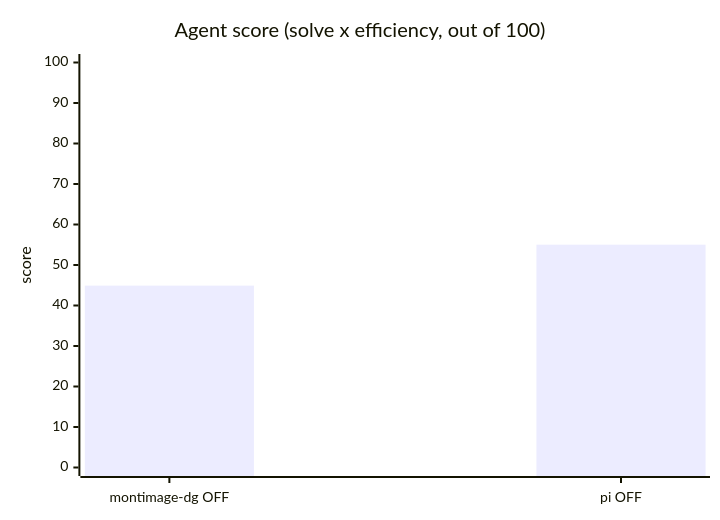
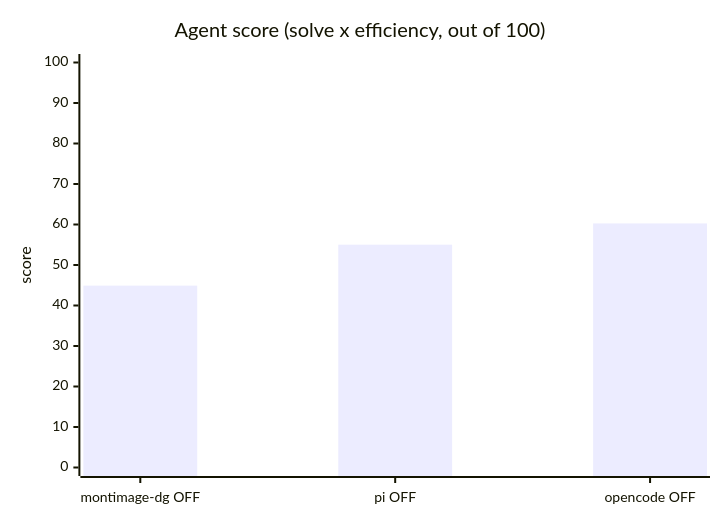
Before and after one commit to luongnv89/dgx-spark-llm-lab: the third of 6 diagrams in results/2026-08-20-pi-harness/REPORT-hard.md, drawn with Mermaid. The commit also changed other lines of this file and 9 other files, not shown here.

````diff
--- a/results/2026-08-20-pi-harness/REPORT-hard.md
+++ b/results/2026-08-20-pi-harness/REPORT-hard.md
@@ -42,7 +43,7 @@
 ```mermaid
 xychart-beta
     title "Agent score (solve x efficiency, out of 100)"
-    x-axis ["montimage-dg OFF", "pi OFF"]
+    x-axis ["montimage-dg OFF", "pi OFF", "opencode OFF"]
     y-axis "score" 0 --> 100
-    bar [44.91, 55.02]
+    bar [44.91, 55.02, 60.27]
 ```
````
